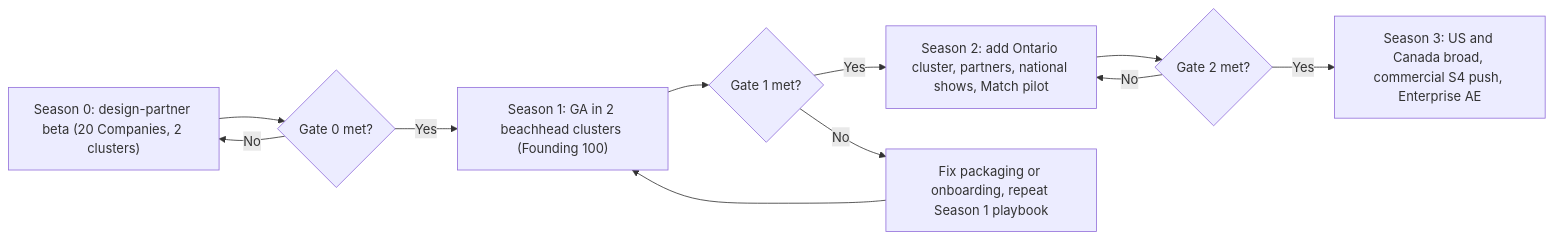
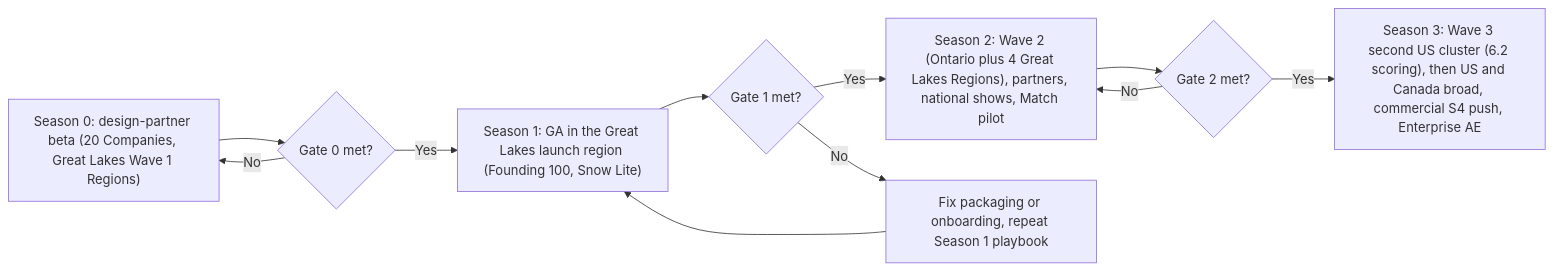
Before and after one commit to jdinard/landscape: the second of 11 diagrams in docs/22-business-model-pricing-gtm.md, drawn with Mermaid. The commit also changed other lines of this file and 4 other files, not shown here.

First line of the commit message:
WIP: Great Lakes examples in AI mockups, marketing, admin portal and UX docs

````diff
--- a/docs/22-business-model-pricing-gtm.md
+++ b/docs/22-business-model-pricing-gtm.md
@@ -896,13 +925,13 @@
 ```mermaid
 flowchart LR
-  S0["Season 0: design-partner beta (20 Companies, 2 clusters)"] --> G0{"Gate 0 met?"}
-  G0 -- "Yes" --> S1["Season 1: GA in 2 beachhead clusters (Founding 100)"]
+  S0["Season 0: design-partner beta (20 Companies, Great Lakes Wave 1 Regions)"] --> G0{"Gate 0 met?"}
+  G0 -- "Yes" --> S1["Season 1: GA in the Great Lakes launch region (Founding 100, Snow Lite)"]
   G0 -- "No" --> S0
   S1 --> G1{"Gate 1 met?"}
-  G1 -- "Yes" --> S2["Season 2: add Ontario cluster, partners, national shows, Match pilot"]
+  G1 -- "Yes" --> S2["Season 2: Wave 2 (Ontario plus 4 Great Lakes Regions), partners, national shows, Match pilot"]
   G1 -- "No" --> FIX["Fix packaging or onboarding, repeat Season 1 playbook"]
   FIX --> S1
   S2 --> G2{"Gate 2 met?"}
-  G2 -- "Yes" --> S3["Season 3: US and Canada broad, commercial S4 push, Enterprise AE"]
+  G2 -- "Yes" --> S3["Season 3: Wave 3 second US cluster (6.2 scoring), then US and Canada broad, commercial S4 push, Enterprise AE"]
   G2 -- "No" --> S2
 ```
````
